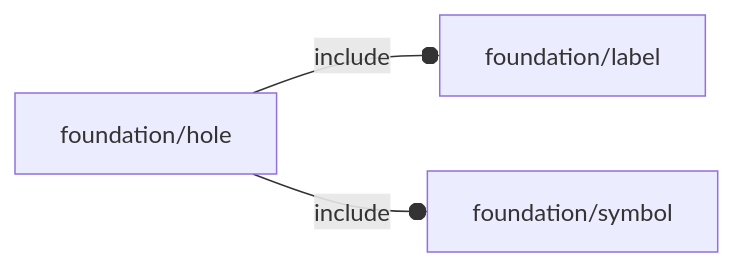
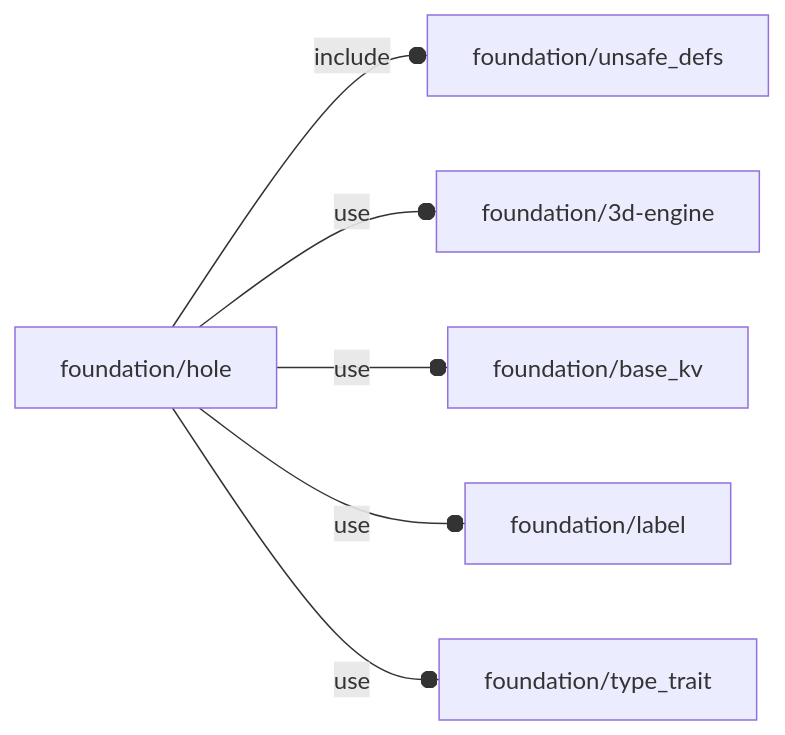
Before and after one commit to ggabbiani/OFL: the diagram in orthodocs/foundation/hole.md, drawn with Mermaid. The commit also changed other lines of this file and 74 other files, not shown here.

````diff
--- a/orthodocs/foundation/hole.md
+++ b/orthodocs/foundation/hole.md
@@ -5,5 +5,8 @@
 ```mermaid
 graph LR
-    A1[foundation/hole] --o|include| A2[foundation/label]
-    A1 --o|include| A3[foundation/symbol]
+    A1[foundation/hole] --o|include| A2[foundation/unsafe_defs]
+    A1 --o|use| A3[foundation/3d-engine]
+    A1 --o|use| A4[foundation/base_kv]
+    A1 --o|use| A5[foundation/label]
+    A1 --o|use| A6[foundation/type_trait]
 ```
````
